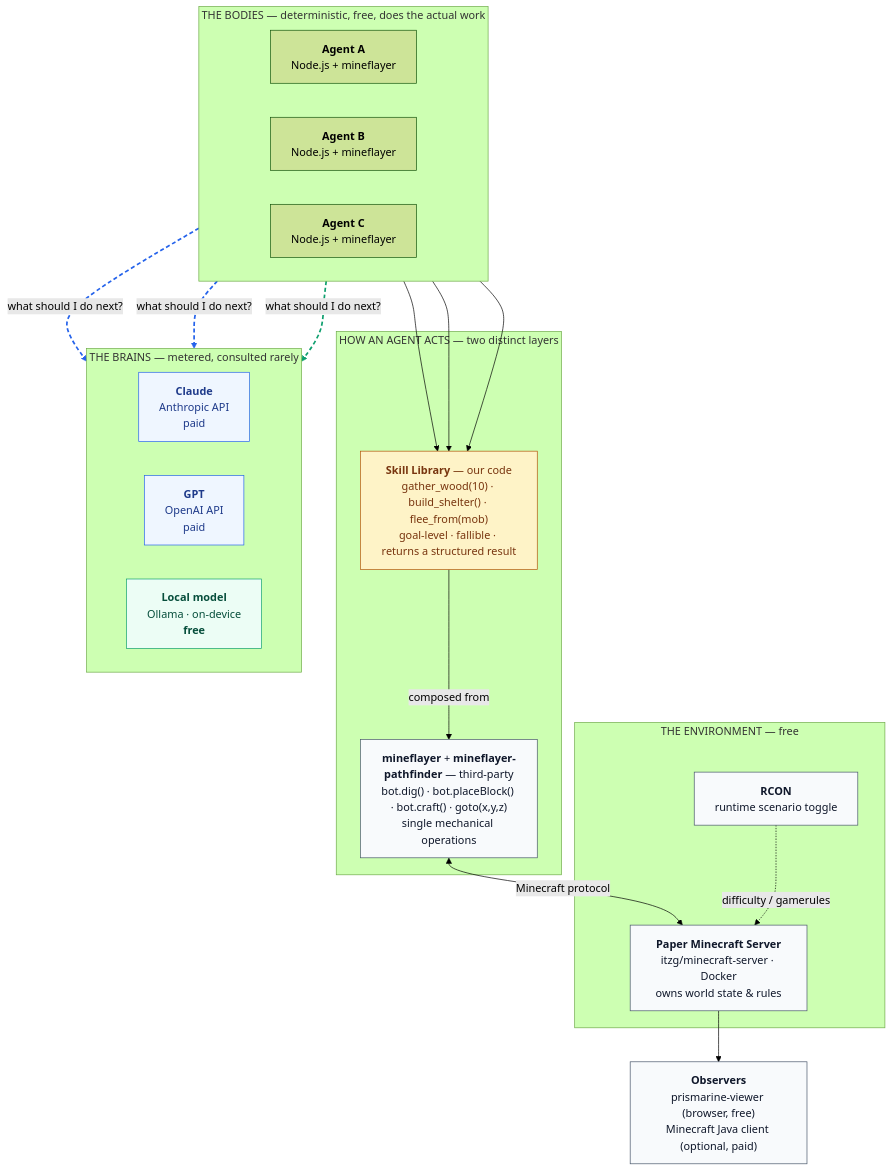
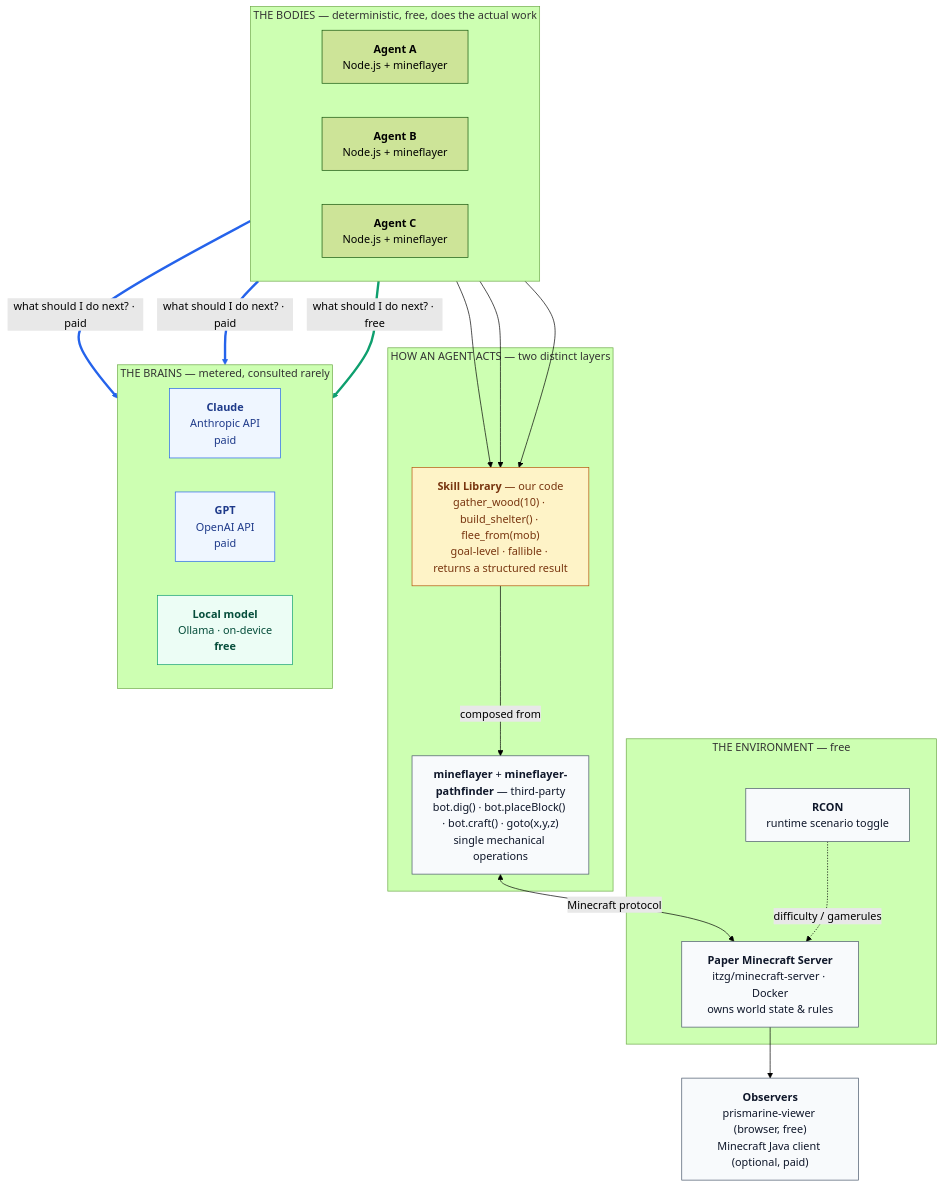
The second of 2 diagrams in README.md (RaymanRJ/multi-agent-experimentation), drawn with Mermaid (forest theme) before and after one commit. The commit also changed other lines of this file, not shown here.

Commit message:
Draw the architecture diagram's model calls as thick coloured lines labelled paid or free, since GitHub rendered the dashes inconsistently.

````diff
--- a/README.md
+++ b/README.md
@@ -309,55 +309,56 @@
 ```mermaid
 flowchart TB
     subgraph WORLD["THE ENVIRONMENT — free"]
         PAPER["<b>Paper Minecraft Server</b><br/>itzg/minecraft-server · Docker<br/>owns world state &amp; rules"]
         RCON["<b>RCON</b><br/>runtime scenario toggle"]
     end
 
     subgraph BODIES["THE BODIES — deterministic, free, does the actual work"]
         direction LR
         A["<b>Agent A</b><br/>Node.js + mineflayer"]
         B["<b>Agent B</b><br/>Node.js + mineflayer"]
         C["<b>Agent C</b><br/>Node.js + mineflayer"]
     end
 
     subgraph ACTION["HOW AN AGENT ACTS — two distinct layers"]
         SKILLS["<b>Skill Library</b> — our code<br/>gather_wood(10) · build_shelter() · flee_from(mob)<br/>goal-level · fallible · returns a structured result"]
         MF["<b>mineflayer</b> + <b>mineflayer-pathfinder</b> — third-party<br/>bot.dig() · bot.placeBlock() · bot.craft() · goto(x,y,z)<br/>single mechanical operations"]
         SKILLS -->|"composed from"| MF
     end
 
     subgraph BRAINS["THE BRAINS — metered, consulted rarely"]
         direction LR
         CLAUDE["<b>Claude</b><br/>Anthropic API<br/>paid"]
         GPT["<b>GPT</b><br/>OpenAI API<br/>paid"]
         LOCAL["<b>Local model</b><br/>Ollama · on-device<br/><b>free</b>"]
     end
 
     VIEW["<b>Observers</b><br/>prismarine-viewer (browser, free)<br/>Minecraft Java client (optional, paid)"]
 
     A --> SKILLS
     B --> SKILLS
     C --> SKILLS
 
     MF <-->|"Minecraft protocol"| PAPER
     RCON -.->|"difficulty / gamerules"| PAPER
 
-    A -.->|"what should I do next?"| CLAUDE
-    B -.->|"what should I do next?"| GPT
-    C -.->|"what should I do next?"| LOCAL
+    A ==>|"what should I do next? · paid"| CLAUDE
+    B ==>|"what should I do next? · paid"| GPT
+    C ==>|"what should I do next? · free"| LOCAL
 
     PAPER --> VIEW
 
-    %% The model calls: paid (blue) and free (green), dashed and drawn heavier than the rest.
-    linkStyle 6,7 stroke:#2563eb,stroke-width:2.5px,stroke-dasharray:6 4
-    linkStyle 8 stroke:#0e9f6e,stroke-width:2.5px,stroke-dasharray:6 4
+    %% The model calls: thick, paid in blue and free in green. Not dashed: GitHub drew dashes on
+    %% some of these lines and not others.
+    linkStyle 6,7 stroke:#2563eb
+    linkStyle 8 stroke:#0e9f6e
 
     classDef free fill:#ecfdf5,stroke:#0e9f6e,color:#064e3b
     classDef paid fill:#eff6ff,stroke:#2563eb,color:#1e3a8a
     classDef world fill:#f8fafc,stroke:#475569,color:#0f172a
     class LOCAL free
     class CLAUDE,GPT paid
     classDef ours fill:#fef3c7,stroke:#b45309,color:#78350f
     class PAPER,RCON,VIEW,MF world
     class SKILLS ours
 ```
````
